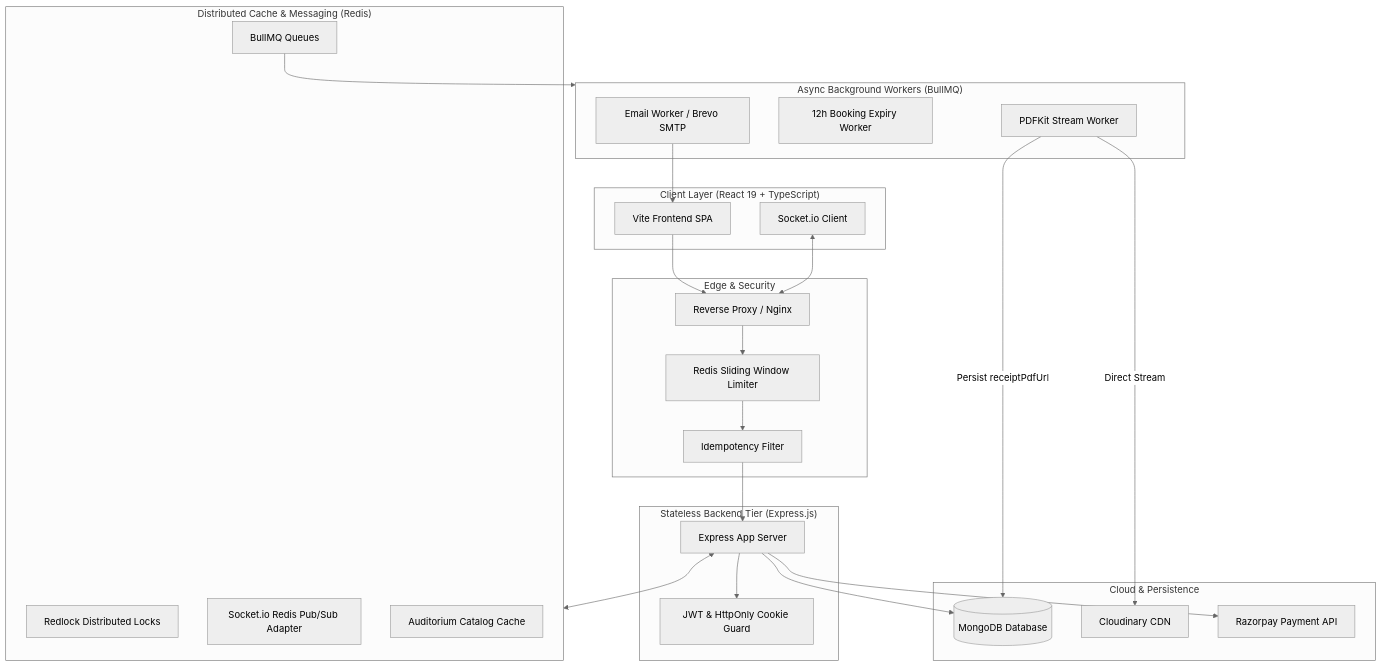
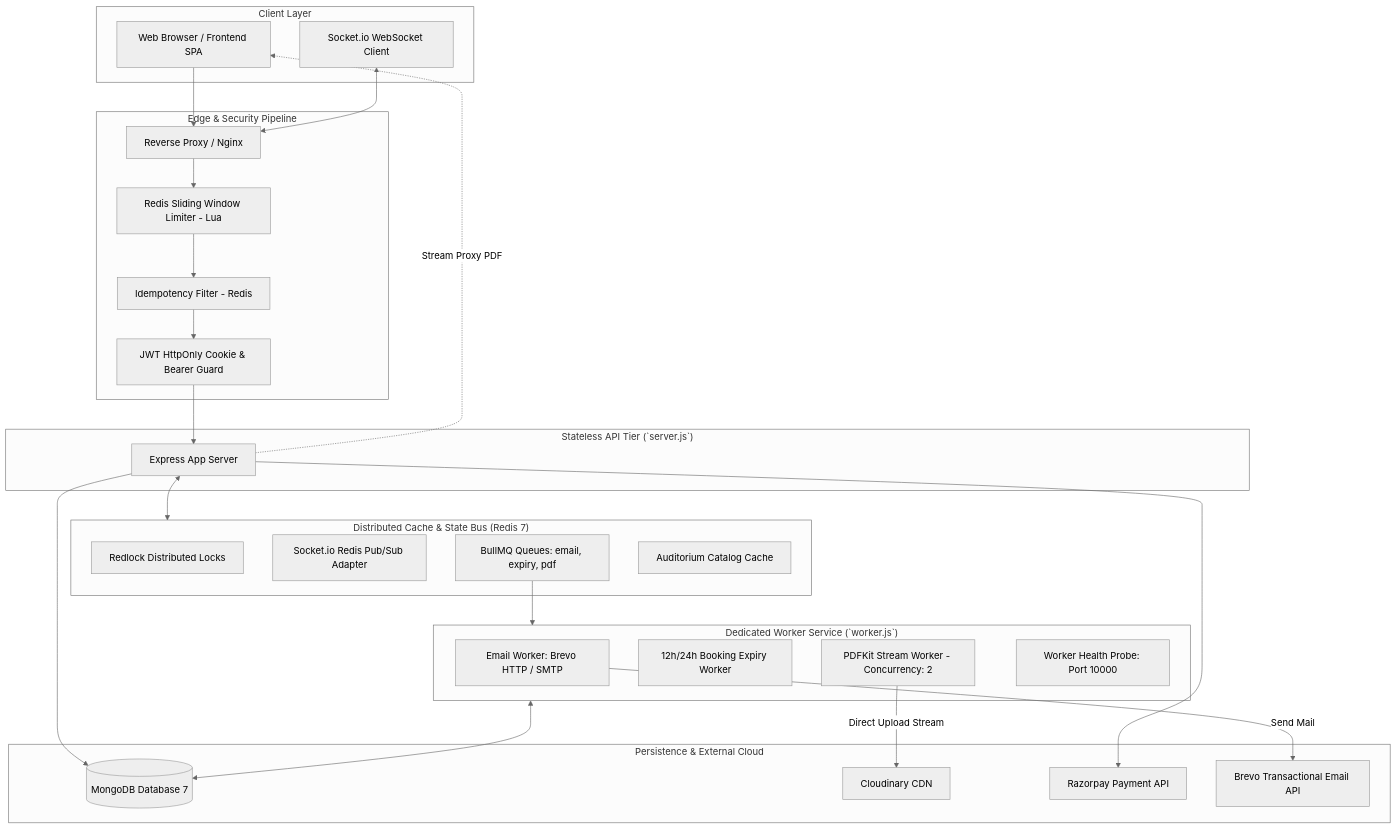
Before and after one commit to buildwithrishabh/AuditoReserve: the diagram in README.md, drawn with Mermaid (neutral theme). The commit also changed other lines of this file and 2 other files, not shown here.

Commit message:
docs: update system architecture and readme files with backend analysis

````diff
--- a/README.md
+++ b/README.md
@@ -79,49 +80,51 @@
 ```mermaid
 flowchart TD
-    subgraph Client ["Client Layer (React 19 + TypeScript)"]
-        UI[Vite Frontend SPA]
-        WS[Socket.io Client]
+    subgraph Client ["Client Layer"]
+        UI[Web Browser / Frontend SPA]
+        WS[Socket.io WebSocket Client]
     end
 
-    subgraph Gateway ["Edge & Security"]
+    subgraph Gateway ["Edge & Security Pipeline"]
         Proxy[Reverse Proxy / Nginx]
-        Limiter[Redis Sliding Window Limiter]
-        Idempotent[Idempotency Filter]
+        Limiter[Redis Sliding Window Limiter - Lua]
+        Idempotent[Idempotency Filter - Redis]
+        AuthGuard[JWT HttpOnly Cookie & Bearer Guard]
     end
 
-    subgraph API ["Stateless Backend Tier (Express.js)"]
+    subgraph API ["Stateless API Tier (`server.js`)"]
         Server[Express App Server]
-        Auth[JWT & HttpOnly Cookie Guard]
     end
 
-    subgraph State ["Distributed Cache & Messaging (Redis)"]
+    subgraph State ["Distributed Cache & State Bus (Redis 7)"]
         Lock[Redlock Distributed Locks]
         Adapter[Socket.io Redis Pub/Sub Adapter]
-        Queues[BullMQ Queues]
+        Queues[BullMQ Queues: email, expiry, pdf]
         Cache[Auditorium Catalog Cache]
     end
 
-    subgraph Workers ["Async Background Workers (BullMQ)"]
-        EmailW[Email Worker / Brevo SMTP]
-        ExpiryW[12h Booking Expiry Worker]
-        PDFW[PDFKit Stream Worker]
+    subgraph Workers ["Dedicated Worker Service (`worker.js`)"]
+        EmailW[Email Worker: Brevo HTTP / SMTP]
+        ExpiryW[12h/24h Booking Expiry Worker]
+        PDFW[PDFKit Stream Worker - Concurrency: 2]
+        HealthS[Worker Health Probe: Port 10000]
     end
 
-    subgraph Storage ["Cloud & Persistence"]
-        DB[(MongoDB Database)]
+    subgraph Storage ["Persistence & External Cloud"]
+        DB[(MongoDB Database 7)]
         Cloud[Cloudinary CDN]
         Razorpay[Razorpay Payment API]
+        Brevo[Brevo Transactional Email API]
     end
 
     UI --> Proxy
     WS <--> Proxy
-    Proxy --> Limiter --> Idempotent --> Server
-    Server --> Auth
+    Proxy --> Limiter --> Idempotent --> AuthGuard --> Server
     Server <--> State
     Server --> DB
     Server --> Razorpay
     Queues --> Workers
-    PDFW -->|Direct Stream| Cloud
-    PDFW -->|Persist receiptPdfUrl| DB
-    EmailW --> UI
+    Workers <--> DB
+    PDFW -->|Direct Upload Stream| Cloud
+    EmailW -->|Send Mail| Brevo
+    Server -.->|Stream Proxy PDF| UI
 ```
````
